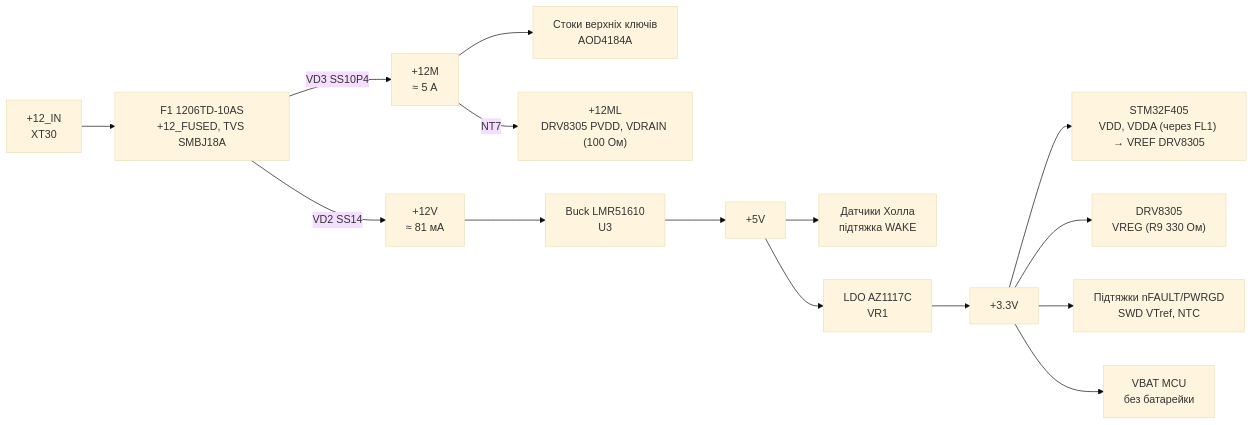
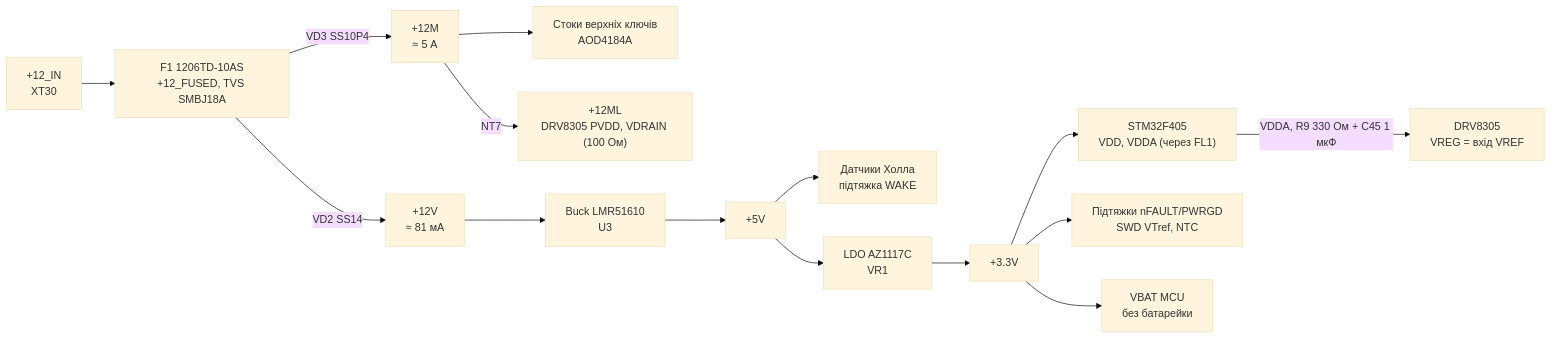
One commit to anhro/hardware-development changed the second of 2 diagrams in motor-drive-controller/docs/architecture.md. Above: the diagram before and after it, drawn with Mermaid (base theme). The commit also changed other lines of this file and 8 other files, not shown here.

````diff
--- a/motor-drive-controller/docs/architecture.md
+++ b/motor-drive-controller/docs/architecture.md
@@ -33,17 +33,17 @@
 ```mermaid
 flowchart LR
     IN["+12_IN<br/>XT30"] --> F1["F1 1206TD-10AS<br/>+12_FUSED, TVS SMBJ18A"]
     F1 -- "VD3 SS10P4" --> V12M["+12M<br/>≈ 5 А"]
     F1 -- "VD2 SS14" --> V12["+12V<br/>≈ 81 мА"]
     V12M --> Q["Стоки верхніх ключів<br/>AOD4184A"]
     V12M -- "NT7" --> PVDD["+12ML<br/>DRV8305 PVDD, VDRAIN (100 Ом)"]
     V12 --> BUCK["Buck LMR51610<br/>U3"]
     BUCK --> V5["+5V"]
     V5 --> HALL["Датчики Холла<br/>підтяжка WAKE"]
     V5 --> LDO["LDO AZ1117C<br/>VR1"]
     LDO --> V33["+3.3V"]
-    V33 --> MCUP["STM32F405<br/>VDD, VDDA (через FL1) → VREF DRV8305"]
-    V33 --> DRVL["DRV8305<br/>VREG (R9 330 Ом)"]
+    V33 --> MCUP["STM32F405<br/>VDD, VDDA (через FL1)"]
+    MCUP -- "VDDA, R9 330 Ом + C45 1 мкФ" --> DRVL["DRV8305<br/>VREG = вхід VREF"]
     V33 --> PU["Підтяжки nFAULT/PWRGD<br/>SWD VTref, NTC"]
     V33 --> VBAT["VBAT MCU<br/>без батарейки"]
 ```
````
